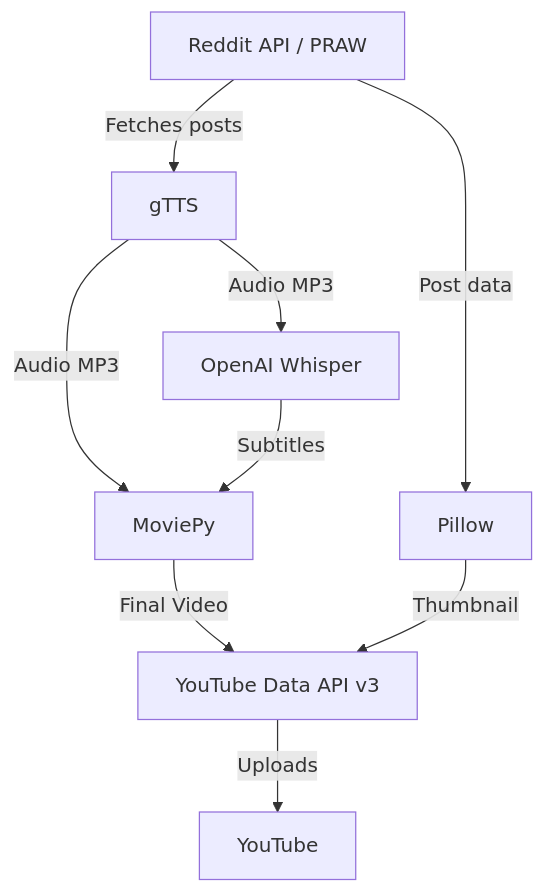
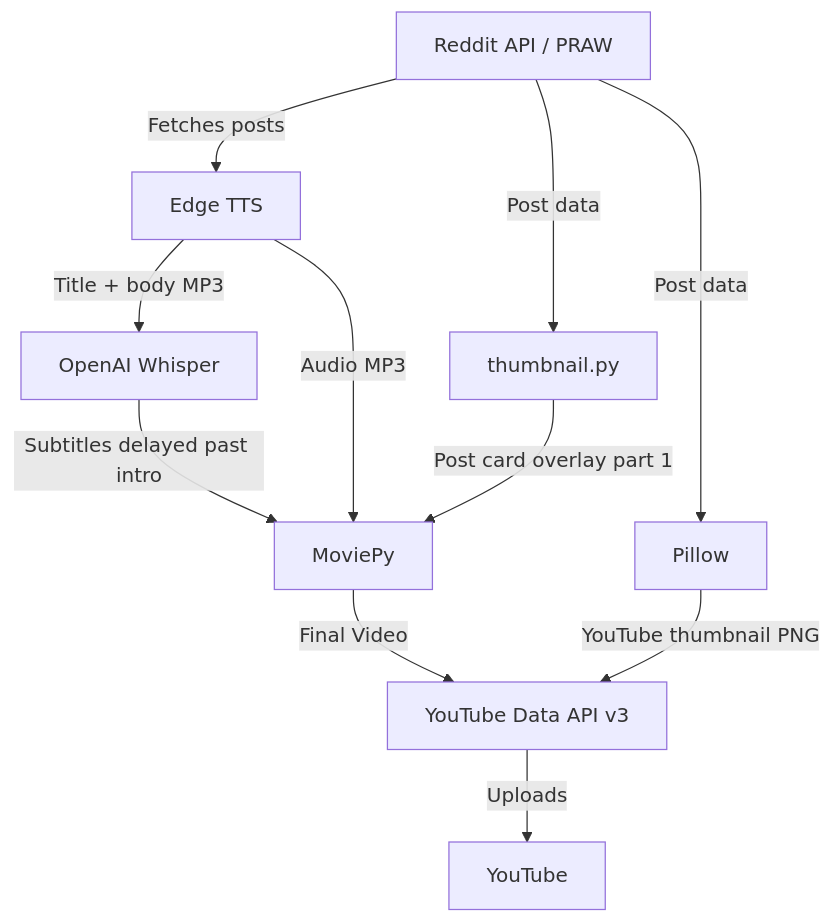
One commit to DeveshKrishan/reddit-tts-video changed the diagram in README.md. Above: the diagram before and after it, drawn with Mermaid. The commit also changed 11 other files, not shown here.

First line of the commit message:
feat(thumbnail): add in-video post card intro with title narration

````diff
--- a/README.md
+++ b/README.md
@@ -16,11 +16,13 @@
 ```mermaid
 flowchart TD
-    RedditAPI[Reddit API / PRAW] -->|Fetches posts| GTTS[gTTS]
+    RedditAPI[Reddit API / PRAW] -->|Fetches posts| TTS[Edge TTS]
+    RedditAPI -->|Post data| ThumbnailCard[thumbnail.py]
     RedditAPI -->|Post data| Pillow[Pillow]
-    GTTS -->|Audio MP3| Whisper[OpenAI Whisper]
-    GTTS -->|Audio MP3| MoviePy[MoviePy]
-    Whisper -->|Subtitles| MoviePy
+    TTS -->|Title + body MP3| Whisper[OpenAI Whisper]
+    TTS -->|Audio MP3| MoviePy[MoviePy]
+    ThumbnailCard -->|Post card overlay part 1| MoviePy
+    Whisper -->|Subtitles delayed past intro| MoviePy
     MoviePy -->|Final Video| YouTubeAPI[YouTube Data API v3]
-    Pillow -->|Thumbnail| YouTubeAPI
+    Pillow -->|YouTube thumbnail PNG| YouTubeAPI
     YouTubeAPI -->|Uploads| YouTube[YouTube]
 ```
````
